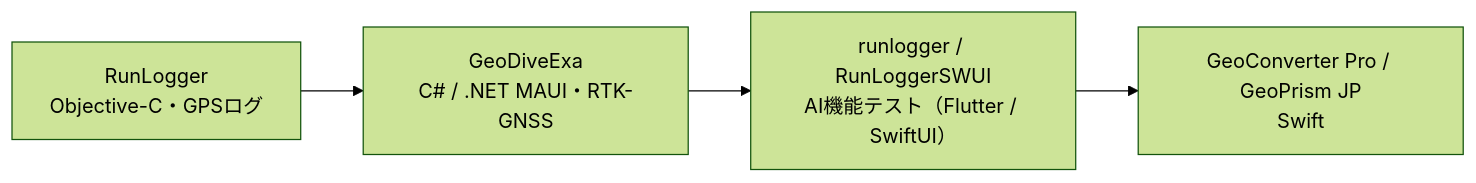
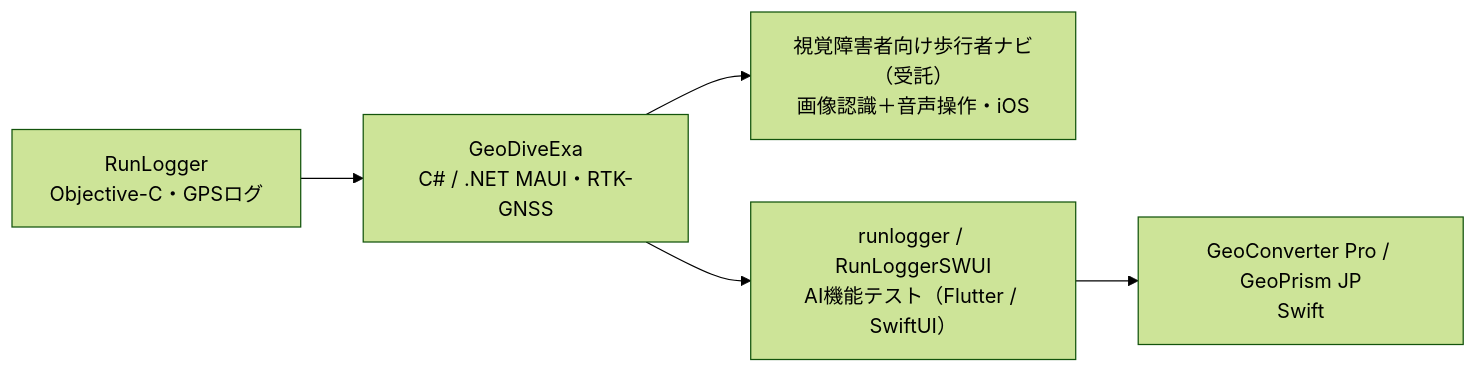
Before and after one commit to amru195704/amru195704: the diagram in README.md, drawn with Mermaid (forest theme). The commit also changed other lines of this file, not shown here.

Commit message:
プロフィール: 開発の歩みに受託の視覚障害者向け歩行者ナビ（画像認識＋音声）を追加

````diff
--- a/README.md
+++ b/README.md
@@ -47,6 +47,7 @@
 ```mermaid
 flowchart LR
     RL["RunLogger<br/>Objective-C・GPSログ"] --> GDE["GeoDiveExa<br/>C# / .NET MAUI・RTK-GNSS"]
+    GDE --> NAVI["視覚障害者向け歩行者ナビ（受託）<br/>画像認識＋音声操作・iOS"]
     GDE --> TEST["runlogger / RunLoggerSWUI<br/>AI機能テスト（Flutter / SwiftUI）"]
     TEST --> SWIFT["GeoConverter Pro / GeoPrism JP<br/>Swift"]
 ```
````
